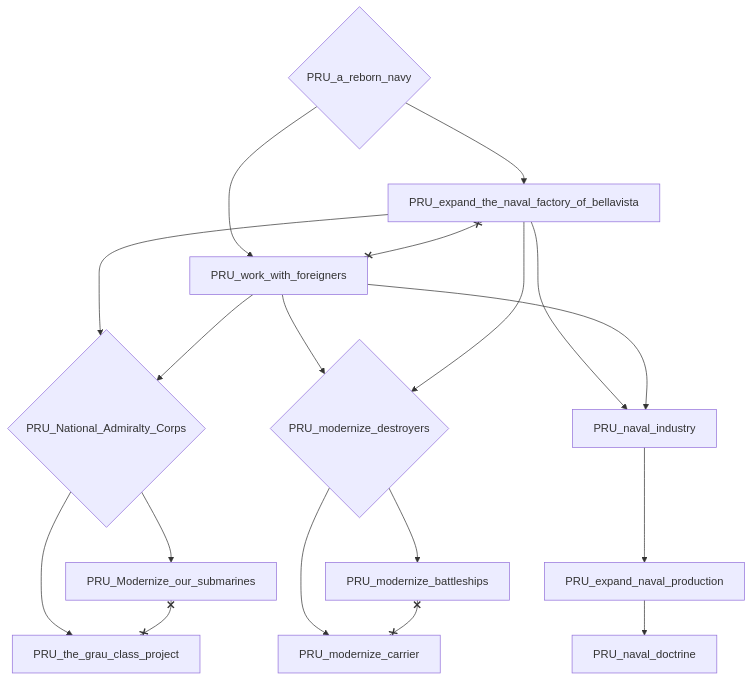
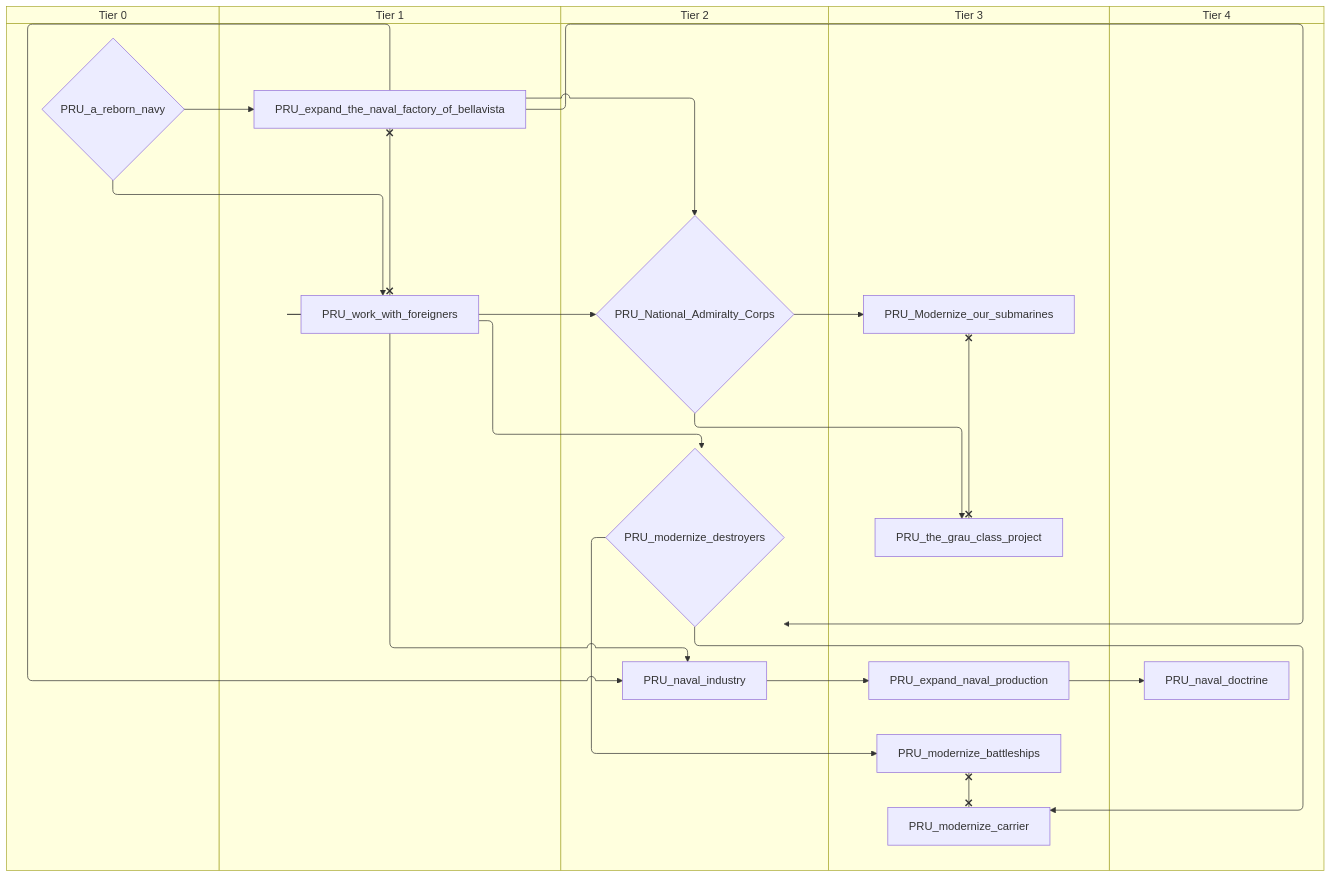
Before and after one commit to evgeny-sobol/hoi4-sandbox-mode-r56: the first of 8 diagrams in docs/gdd/National Focuses/r56/peru.md, drawn with Mermaid. The commit also changed other lines of this file and 423 other files, not shown here.

First line of the commit message:
Re-export Rt56 focus trees as swimlane diagrams

````diff
--- a/docs/gdd/National Focuses/r56/peru.md
+++ b/docs/gdd/National Focuses/r56/peru.md
@@ -3,32 +3,42 @@
 ```mermaid
-flowchart TD
-    n1["PRU_Modernize_our_submarines"]
-    n2{"PRU_National_Admiralty_Corps"}
-    n3{"PRU_a_reborn_navy"}
-    n4["PRU_expand_naval_production"]
-    n5["PRU_expand_the_naval_factory_of_bellavista"]
-    n6["PRU_modernize_battleships"]
-    n7["PRU_modernize_carrier"]
-    n8{"PRU_modernize_destroyers"}
-    n9["PRU_naval_doctrine"]
-    n10["PRU_naval_industry"]
-    n11["PRU_the_grau_class_project"]
-    n12["PRU_work_with_foreigners"]
-    n2 --> n1
-    n5 --> n2
-    n12 --> n2
-    n10 --> n4
+swimlane-beta TD
+    subgraph tier_0["Tier 0"]
+        n1{"PRU_a_reborn_navy"}
+    end
+    subgraph tier_1["Tier 1"]
+        n2["PRU_expand_the_naval_factory_of_bellavista"]
+        n3["PRU_work_with_foreigners"]
+    end
+    subgraph tier_2["Tier 2"]
+        n4{"PRU_National_Admiralty_Corps"}
+        n5{"PRU_modernize_destroyers"}
+        n6["PRU_naval_industry"]
+    end
+    subgraph tier_3["Tier 3"]
+        n7["PRU_Modernize_our_submarines"]
+        n8["PRU_expand_naval_production"]
+        n9["PRU_modernize_battleships"]
+        n10["PRU_modernize_carrier"]
+        n11["PRU_the_grau_class_project"]
+    end
+    subgraph tier_4["Tier 4"]
+        n12["PRU_naval_doctrine"]
+    end
+    n4 --> n7
+    n2 --> n4
+    n3 --> n4
+    n6 --> n8
+    n1 --> n2
+    n5 --> n9
+    n5 --> n10
     n3 --> n5
-    n8 --> n6
-    n8 --> n7
-    n12 --> n8
-    n5 --> n8
-    n4 --> n9
-    n5 --> n10
-    n12 --> n10
-    n2 --> n11
-    n3 --> n12
-    n1 x--x n11
-    n5 x--x n12
-    n6 x--x n7
+    n2 --> n5
+    n8 --> n12
+    n2 --> n6
+    n3 --> n6
+    n4 --> n11
+    n1 --> n3
+    n7 x--x n11
+    n2 x--x n3
+    n9 x--x n10
 ```
````
